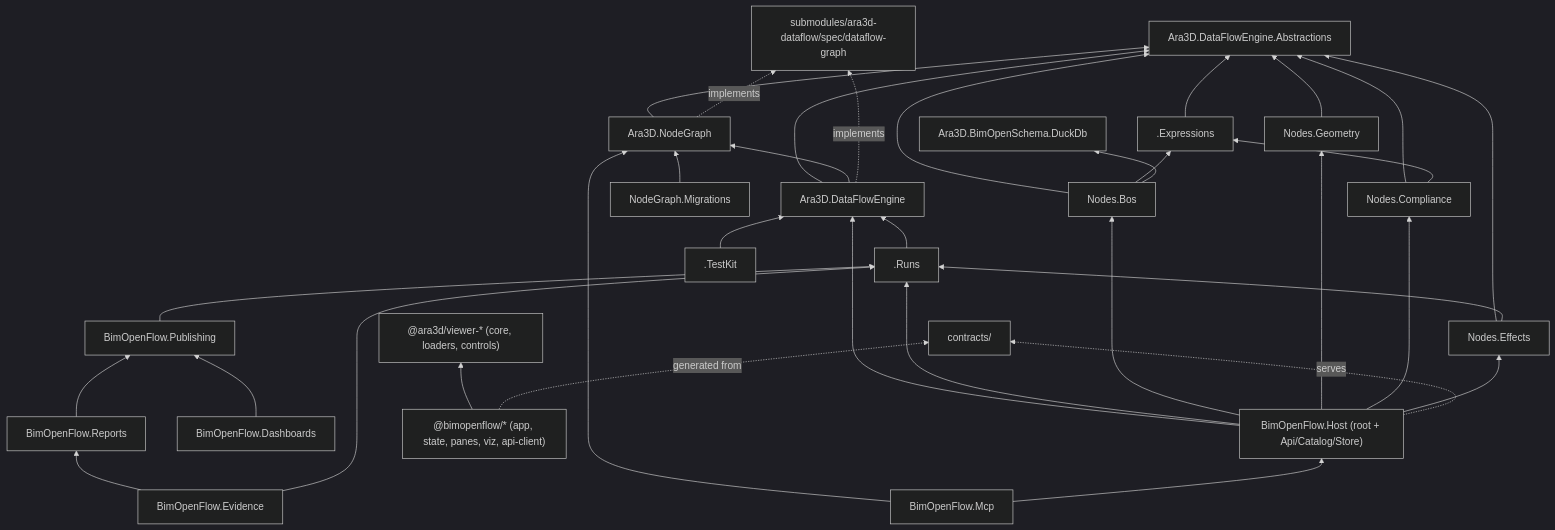
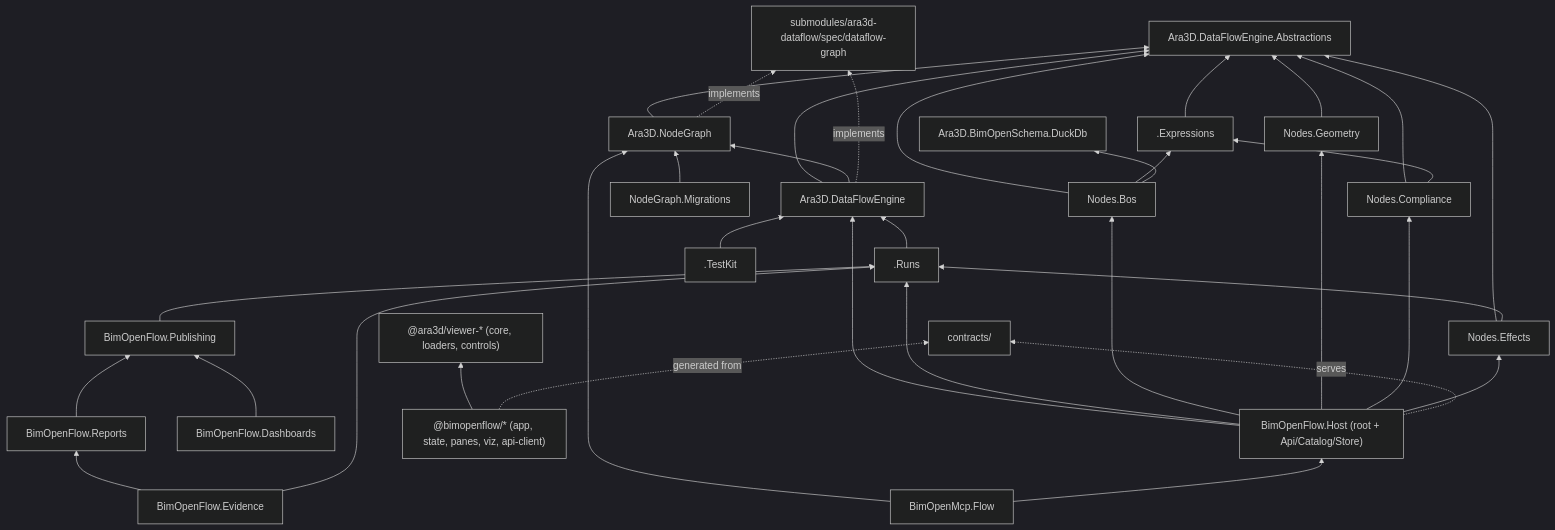
Before and after one commit to ara3d/bim-open-toolkit: the diagram in docs/bimopenflow-structure.md, drawn with Mermaid (dark theme). The commit also changed other lines of this file and 106 other files, not shown here.

First line of the commit message:
refactor: rename the MCP servers to BimOpenMcp.Ifc and BimOpenMcp.Flow

````diff
--- a/docs/bimopenflow-structure.md
+++ b/docs/bimopenflow-structure.md
@@ -361,59 +361,59 @@
 ```mermaid
 graph BT
   spec[submodules/ara3d-dataflow/spec/dataflow-graph]
   contracts[contracts/]
   ABS[Ara3D.DataFlowEngine.Abstractions]
   NG[Ara3D.NodeGraph]
   ENG[Ara3D.DataFlowEngine]
   EXP[.Expressions]
   RUNS[.Runs]
   TK[.TestKit]
   MIG[NodeGraph.Migrations]
   DUCK[Ara3D.BimOpenSchema.DuckDb]
   BOS[Nodes.Bos]
   GEO[Nodes.Geometry]
   CMP[Nodes.Compliance]
   EFF[Nodes.Effects]
   HOST["BimOpenFlow.Host (root + Api/Catalog/Store)"]
-  MCP[BimOpenFlow.Mcp]
+  MCP[BimOpenMcp.Flow]
   PUB[BimOpenFlow.Publishing]
   DASH[BimOpenFlow.Dashboards]
   REP[BimOpenFlow.Reports]
   EVID[BimOpenFlow.Evidence]
   VIEW["@ara3d/viewer-* (core, loaders, controls)"]
   WEB["@bimopenflow/* (app, state, panes, viz, api-client)"]
 
   NG --> ABS
   ENG --> ABS
   ENG --> NG
   EXP --> ABS
   RUNS --> ENG
   TK --> ENG
   MIG --> NG
   BOS --> ABS
   BOS --> EXP
   BOS --> DUCK
   GEO --> ABS
   CMP --> ABS
   CMP --> EXP
   EFF --> ABS
   EFF --> RUNS
   HOST --> ENG
   HOST --> RUNS
   HOST --> BOS
   HOST --> GEO
   HOST --> CMP
   HOST --> EFF
   MCP --> NG
   MCP --> HOST
   PUB --> RUNS
   DASH --> PUB
   REP --> PUB
   EVID --> REP
   EVID --> RUNS
   WEB --> VIEW
   NG -. implements .-> spec
   ENG -. implements .-> spec
   HOST -. serves .-> contracts
   WEB -. generated from .-> contracts
 ```
````
